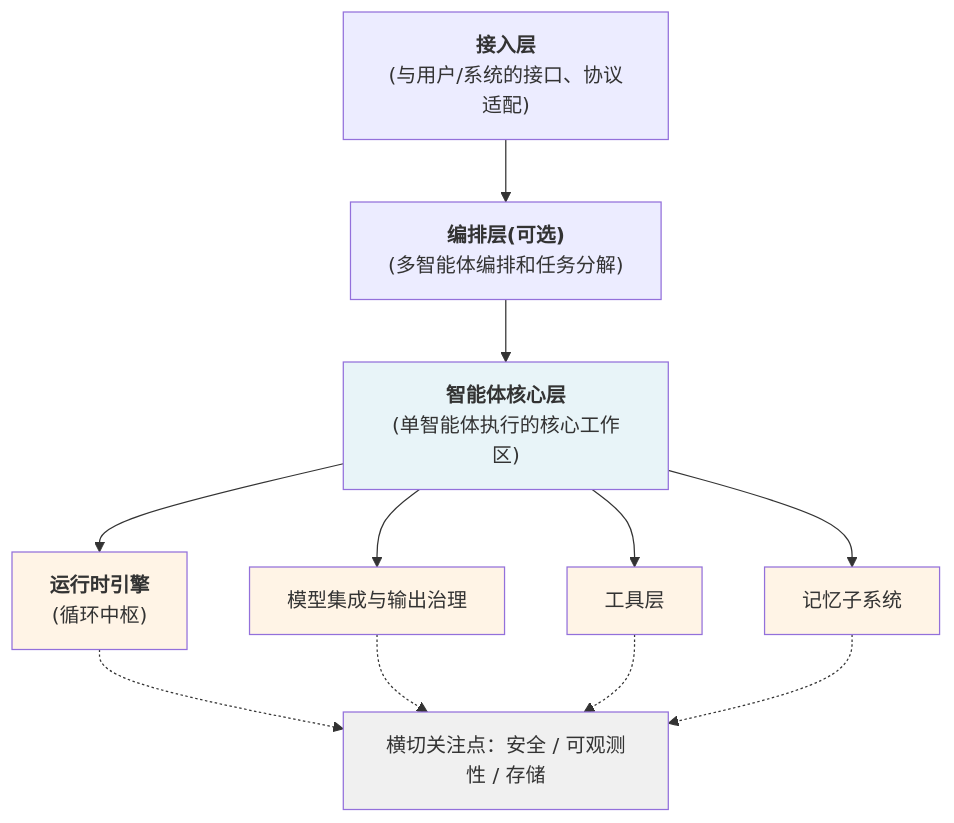
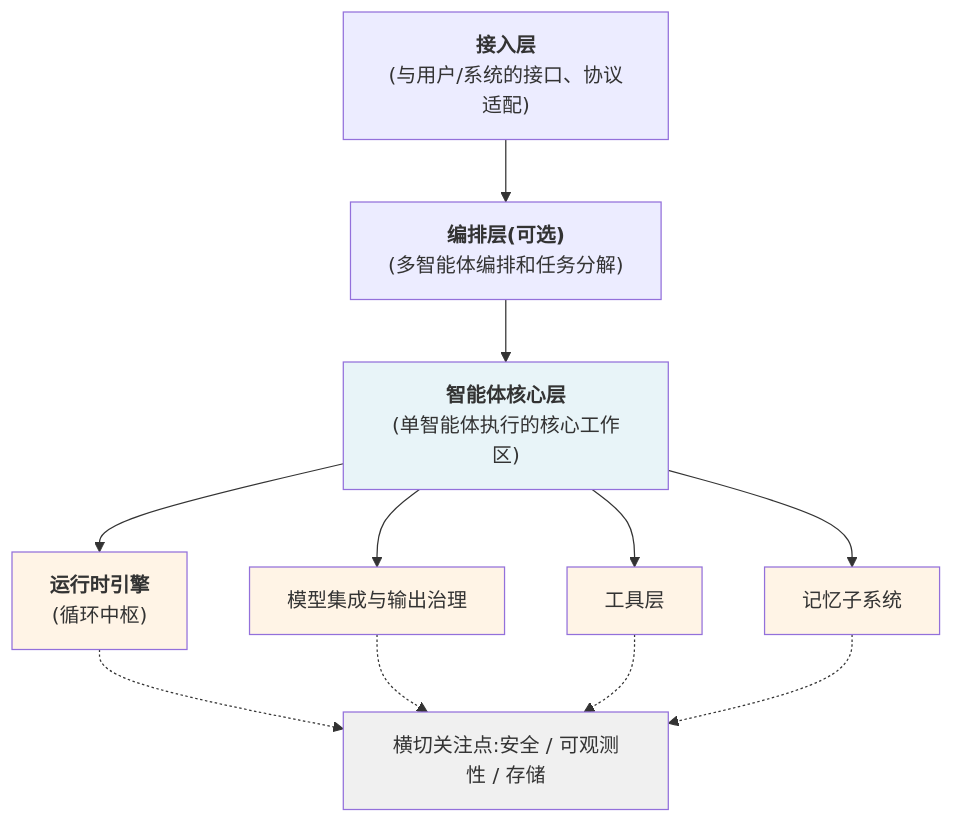
The first of 3 diagrams in 02_architecture/summary.md (yeasy/harness_engineering_guide), drawn with Mermaid before and after one commit. The commit also changed 94 other files, not shown here.

````diff
--- a/02_architecture/summary.md
+++ b/02_architecture/summary.md
@@ -9,30 +9,30 @@
 ```mermaid
 graph TB
     A["<b>接入层</b><br/>(与用户/系统的接口、协议适配)"]
     B["<b>编排层(可选)</b><br/>(多智能体编排和任务分解)"]
     C["<b>智能体核心层</b><br/>(单智能体执行的核心工作区)"]
     D["<b>运行时引擎</b><br/>(循环中枢)"]
     E["模型集成与输出治理"]
     F["工具层"]
     G["记忆子系统"]
-    H["横切关注点：安全 / 可观测性 / 存储"]
+    H["横切关注点:安全 / 可观测性 / 存储"]
 
     A --> B
     B --> C
     C --> D
     C --> E
     C --> F
     C --> G
 
     D -.-> H
     E -.-> H
     F -.-> H
     G -.-> H
 
     style C fill:#e8f4f8
     style D fill:#fff4e6
     style E fill:#fff4e6
     style F fill:#fff4e6
     style G fill:#fff4e6
     style H fill:#f0f0f0
 ```
````
